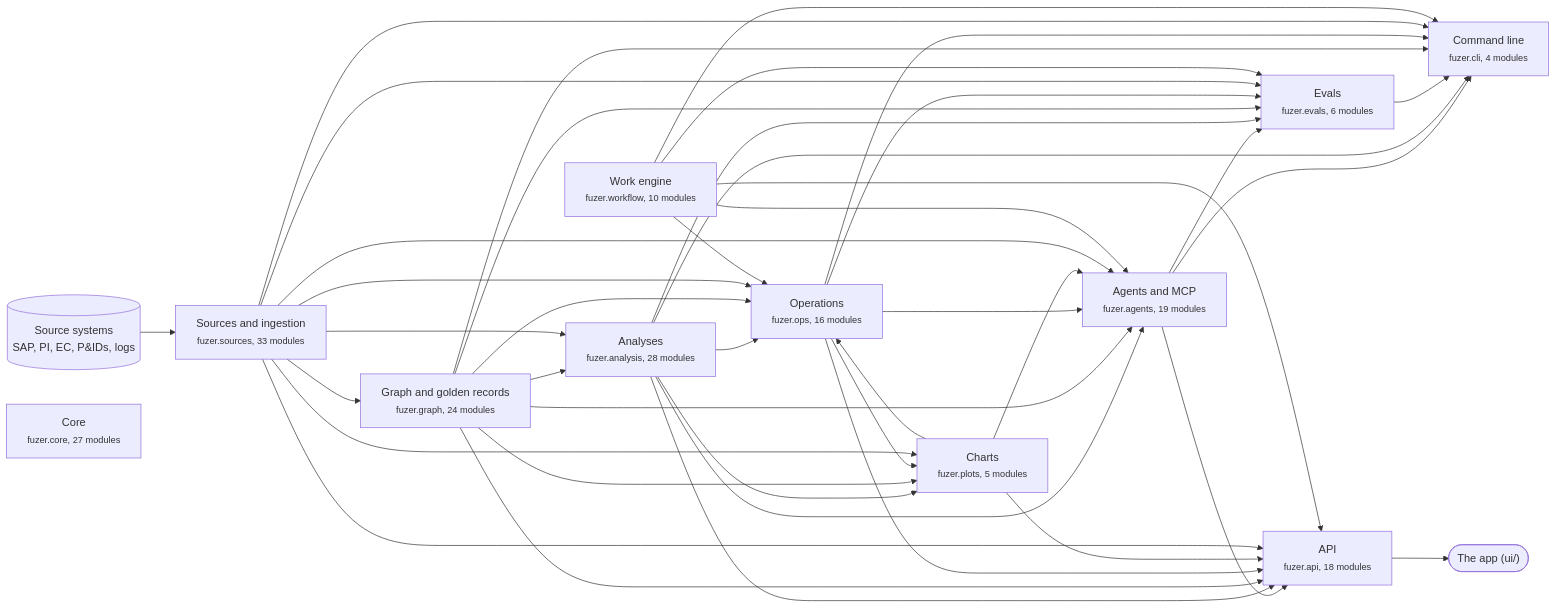
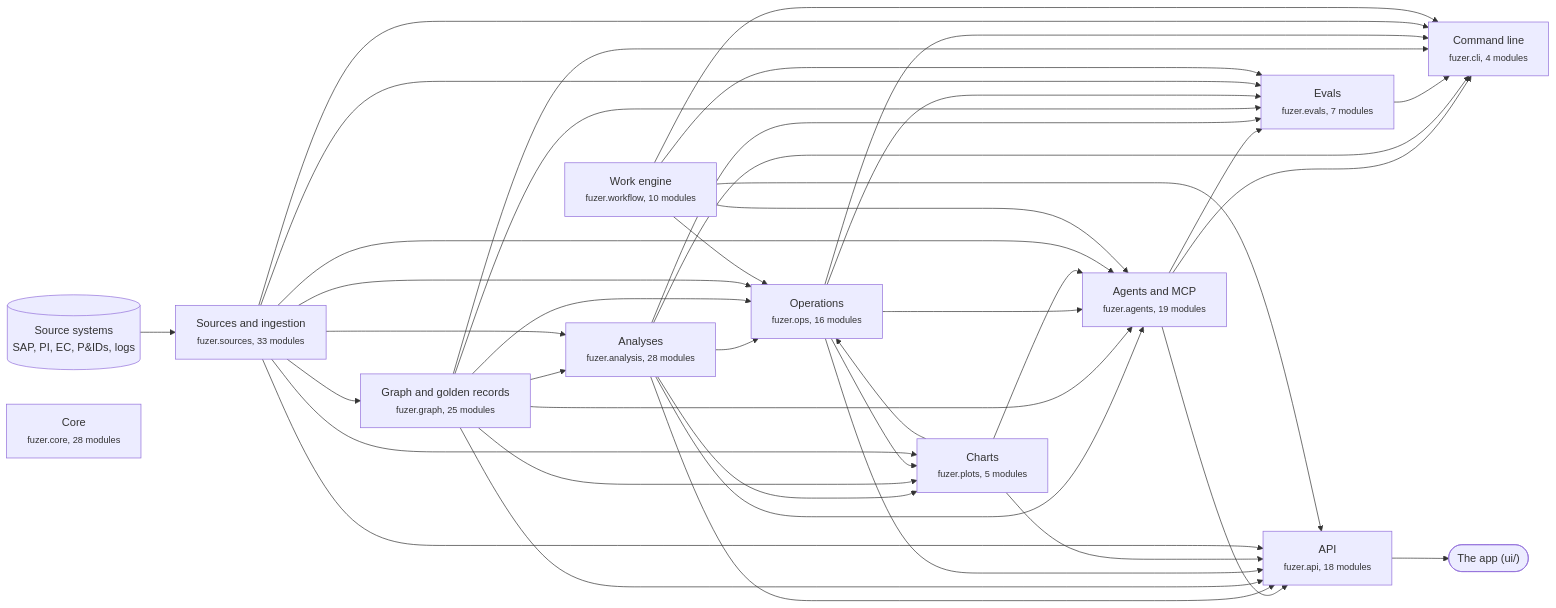
The first of 3 diagrams in docs/architecture.md (areed145/fuzer), drawn with Mermaid before and after one commit. The commit also changed other lines of this file and 19 other files, not shown here.

````diff
--- a/docs/architecture.md
+++ b/docs/architecture.md
@@ -8,66 +8,66 @@
 ```mermaid
 flowchart LR
   systems[("Source systems<br>SAP, PI, EC, P&IDs, logs")] --> c_sources
   app(["The app (ui/)"])
   c_api --> app
   c_sources["Sources and ingestion<br><small>fuzer.sources, 33 modules</small>"]
-  c_graph["Graph and golden records<br><small>fuzer.graph, 24 modules</small>"]
+  c_graph["Graph and golden records<br><small>fuzer.graph, 25 modules</small>"]
   c_analysis["Analyses<br><small>fuzer.analysis, 28 modules</small>"]
   c_ops["Operations<br><small>fuzer.ops, 16 modules</small>"]
   c_plots["Charts<br><small>fuzer.plots, 5 modules</small>"]
   c_workflow["Work engine<br><small>fuzer.workflow, 10 modules</small>"]
   c_agents["Agents and MCP<br><small>fuzer.agents, 19 modules</small>"]
-  c_evals["Evals<br><small>fuzer.evals, 6 modules</small>"]
+  c_evals["Evals<br><small>fuzer.evals, 7 modules</small>"]
   c_api["API<br><small>fuzer.api, 18 modules</small>"]
   c_cli["Command line<br><small>fuzer.cli, 4 modules</small>"]
-  c_core["Core<br><small>fuzer.core, 27 modules</small>"]
+  c_core["Core<br><small>fuzer.core, 28 modules</small>"]
   c_sources --> c_graph
   c_graph --> c_analysis
   c_sources --> c_analysis
   c_analysis --> c_ops
   c_graph --> c_ops
   c_plots --> c_ops
   c_sources --> c_ops
   c_workflow --> c_ops
   c_analysis --> c_plots
   c_graph --> c_plots
   c_ops --> c_plots
   c_sources --> c_plots
   c_analysis --> c_agents
   c_graph --> c_agents
   c_ops --> c_agents
   c_plots --> c_agents
   c_sources --> c_agents
   c_workflow --> c_agents
   c_agents --> c_evals
   c_analysis --> c_evals
   c_graph --> c_evals
   c_ops --> c_evals
   c_sources --> c_evals
   c_workflow --> c_evals
   c_agents --> c_api
   c_analysis --> c_api
   c_graph --> c_api
   c_ops --> c_api
   c_plots --> c_api
   c_sources --> c_api
   c_workflow --> c_api
   c_agents --> c_cli
   c_analysis --> c_cli
   c_evals --> c_cli
   c_graph --> c_cli
   c_ops --> c_cli
   c_sources --> c_cli
   c_workflow --> c_cli
   click c_sources "https://github.com/areed145/fuzer/tree/main/src/fuzer/sources"
   click c_graph "https://github.com/areed145/fuzer/tree/main/src/fuzer/graph"
   click c_analysis "https://github.com/areed145/fuzer/tree/main/src/fuzer/analysis"
   click c_ops "https://github.com/areed145/fuzer/tree/main/src/fuzer/ops"
   click c_plots "https://github.com/areed145/fuzer/tree/main/src/fuzer/plots"
   click c_workflow "https://github.com/areed145/fuzer/tree/main/src/fuzer/workflow"
   click c_agents "https://github.com/areed145/fuzer/tree/main/src/fuzer/agents"
   click c_evals "https://github.com/areed145/fuzer/tree/main/src/fuzer/evals"
   click c_api "https://github.com/areed145/fuzer/tree/main/src/fuzer/api"
   click c_cli "https://github.com/areed145/fuzer/tree/main/src/fuzer/cli"
   click c_core "https://github.com/areed145/fuzer/tree/main/src/fuzer/core"
 ```
````
